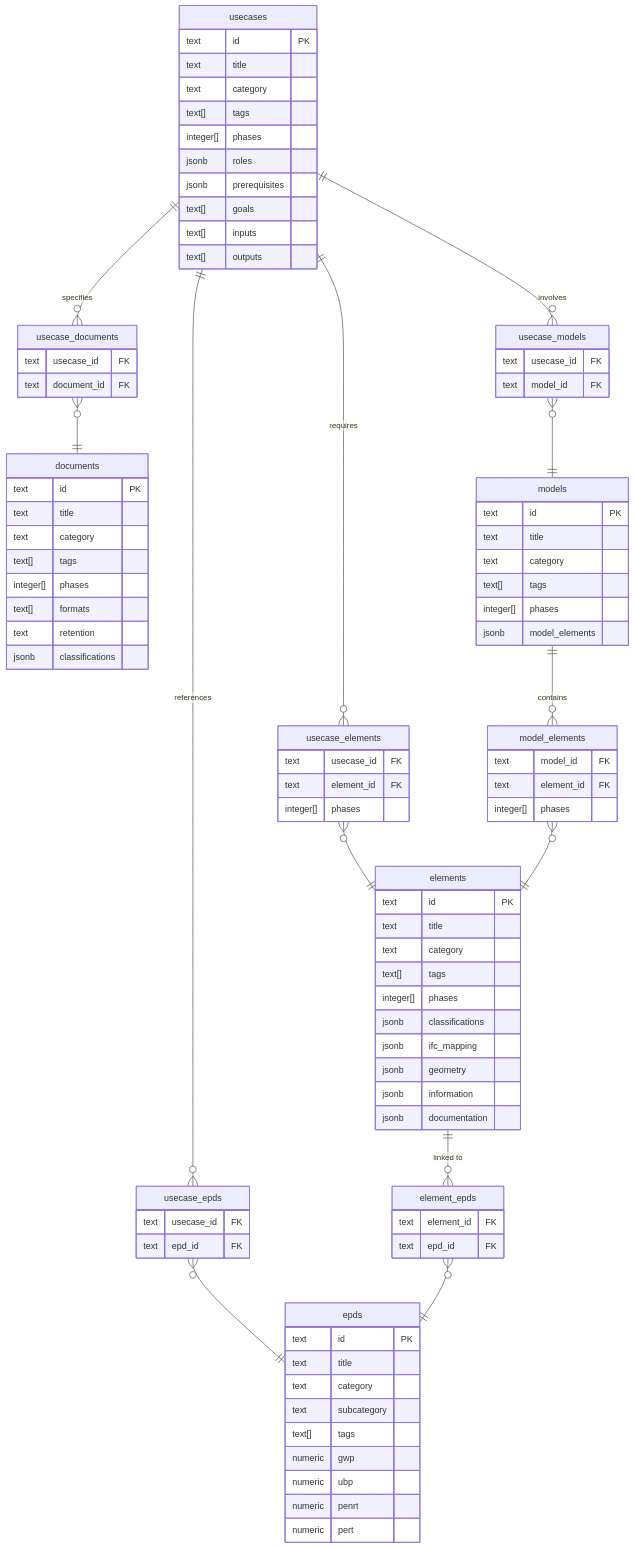
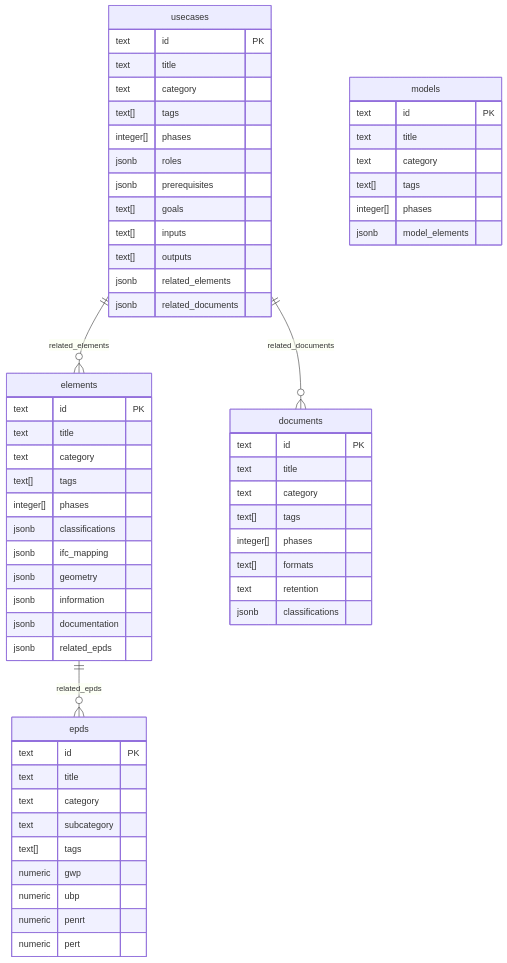
One commit to bbl-dres/kbob-fdk changed the diagram in documentation/DATAMODEL.md. Above: the diagram before and after it, drawn with Mermaid. The commit also changed other lines of this file, not shown here.

````diff
--- a/documentation/DATAMODEL.md
+++ b/documentation/DATAMODEL.md
@@ -37,17 +36,8 @@
 ```mermaid
 erDiagram
-    usecases ||--o{ usecase_elements : "requires"
-    usecase_elements }o--|| elements : ""
-    usecases ||--o{ usecase_documents : "specifies"
-    usecase_documents }o--|| documents : ""
-    usecases ||--o{ usecase_models : "involves"
-    usecase_models }o--|| models : ""
-    usecases ||--o{ usecase_epds : "references"
-    usecase_epds }o--|| epds : ""
-    models ||--o{ model_elements : "contains"
-    model_elements }o--|| elements : ""
-    elements ||--o{ element_epds : "linked to"
-    element_epds }o--|| epds : ""
+    usecases ||--o{ elements : "related_elements"
+    usecases ||--o{ documents : "related_documents"
+    elements ||--o{ epds : "related_epds"
 
     elements {
         text id PK
@@ -60,6 +50,7 @@
         jsonb geometry
         jsonb information
         jsonb documentation
+        jsonb related_epds
     }
 
     documents {
@@ -84,6 +75,8 @@
         text[] goals
         text[] inputs
         text[] outputs
+        jsonb related_elements
+        jsonb related_documents
     }
 
     models {
@@ -106,36 +99,4 @@
         numeric penrt
         numeric pert
     }
-
-    usecase_elements {
-        text usecase_id FK
-        text element_id FK
-        integer[] phases
-    }
-
-    usecase_documents {
-        text usecase_id FK
-        text document_id FK
-    }
-
-    usecase_models {
-        text usecase_id FK
-        text model_id FK
-    }
-
-    usecase_epds {
-        text usecase_id FK
-        text epd_id FK
-    }
-
-    model_elements {
-        text model_id FK
-        text element_id FK
-        integer[] phases
-    }
-
-    element_epds {
-        text element_id FK
-        text epd_id FK
-    }
 ```
````
